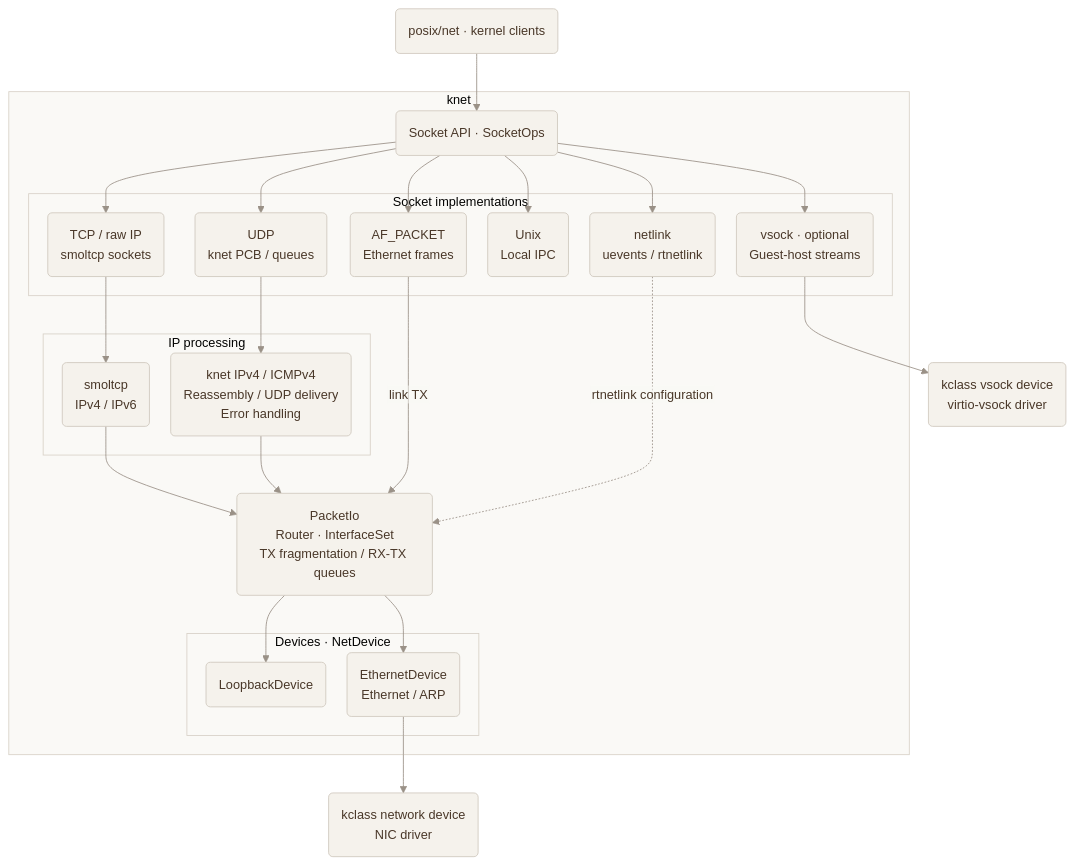
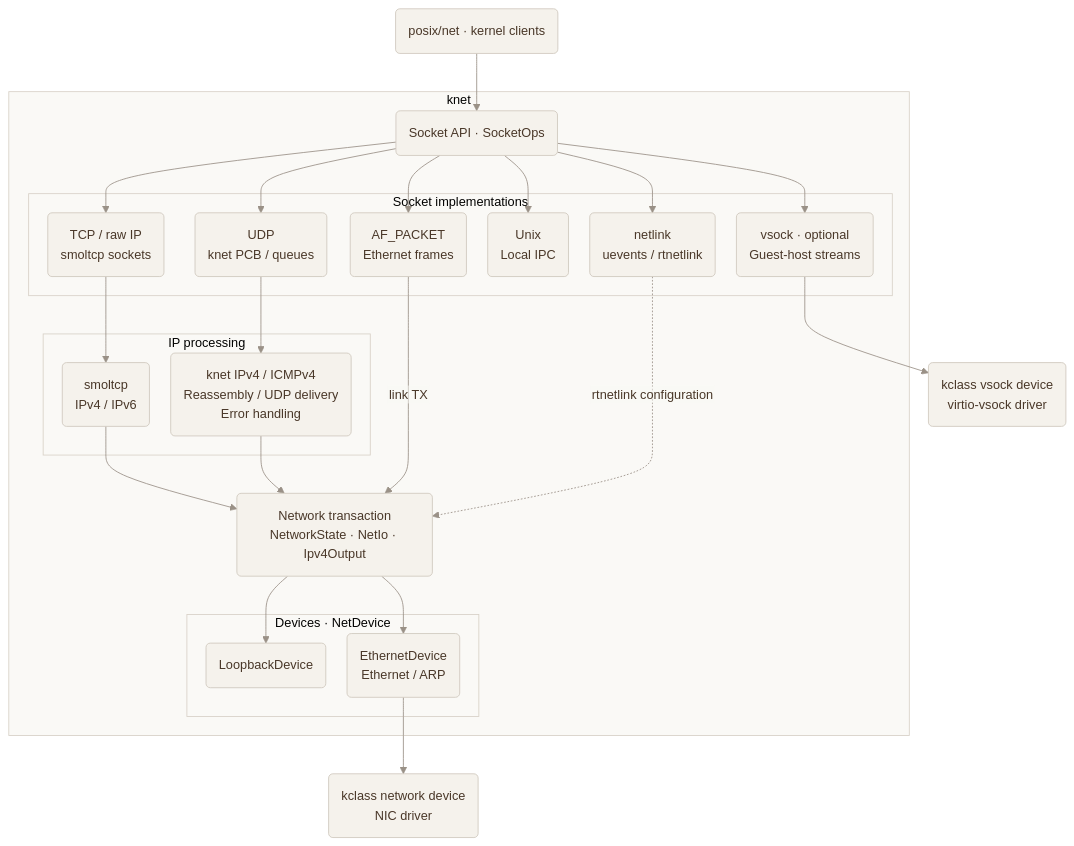
The first of 5 diagrams in net/knet/docs/design.md (edidada/x-kernel), drawn with Mermaid before and after one commit. The commit also changed other lines of this file and 30 other files, not shown here.

First line of the commit message:
refactor(knet): decompose PacketIo into state, I/O, and IPv4 dataplane roles

````diff
--- a/net/knet/docs/design.md
+++ b/net/knet/docs/design.md
@@ -96,82 +109,81 @@
 ```mermaid
 %%{init: {
   "theme": "base",
   "flowchart": {
     "htmlLabels": false,
     "curve": "basis",
     "nodeSpacing": 25,
     "rankSpacing": 45
   },
   "themeVariables": {
     "fontFamily": "\"Trebuchet MS\", Verdana, Arial, sans-serif",
     "fontSize": "15px",
     "primaryColor": "#F5F2EC",
     "primaryTextColor": "#493728",
     "primaryBorderColor": "#CFC8BD",
     "lineColor": "#9A9187",
     "clusterBkg": "#FAF9F6",
     "clusterBorder": "#D8D1C7",
     "edgeLabelBackground": "#FAF9F6",
     "textColor": "#493728",
     "nodeTextColor": "#493728",
     "clusterTextColor": "#493728"
   },
   "themeCSS": ".edgeLabel rect, .edgeLabel .labelBkg, .edgeLabel .background { fill: #FAF9F6 !important; stroke: none !important; } .edgeLabel, .edgeLabel p, .edgeLabel span { background-color: #FAF9F6 !important; color: #493728 !important; } .edgeLabel text, .cluster-label text { fill: #493728 !important; stroke: none !important; } .cluster rect { rx: 8px; ry: 8px; }"
 }}%%
 flowchart TB
     CALLER("posix/net · kernel clients")
 
     subgraph KNET["knet"]
         API("Socket API · SocketOps")
 
         subgraph SOCKETS["Socket implementations"]
             TCP("TCP / raw IP
 smoltcp sockets")
             UDP("UDP
 knet PCB / queues")
             PACKET("AF_PACKET
 Ethernet frames")
             UNIX("Unix
 Local IPC")
             NETLINK("netlink
 uevents / rtnetlink")
             VSOCK("vsock · optional
 Guest-host streams")
         end
 
         subgraph IP["IP processing"]
             SMOL("smoltcp
 IPv4 / IPv6")
             IPV4("knet IPv4 / ICMPv4
 Reassembly / UDP delivery
 Error handling")
         end
 
-        ROUTER("PacketIo
-Router · InterfaceSet
-TX fragmentation / RX-TX queues")
+        ROUTER("Network transaction
+NetworkState · NetIo · Ipv4Output")
 
         subgraph DEVICE["Devices · NetDevice"]
             LOOP("LoopbackDevice")
             ETH("EthernetDevice
 Ethernet / ARP")
         end
     end
 
     NIC("kclass network device
 NIC driver")
     VIRTIO("kclass vsock device
 virtio-vsock driver")
 
     CALLER --> API
     API --> TCP & UDP & PACKET & UNIX & NETLINK & VSOCK
     TCP --> SMOL
     UDP --> IPV4
     SMOL --> ROUTER
     IPV4 --> ROUTER
     PACKET -->|link TX| ROUTER
     NETLINK -.->|rtnetlink configuration| ROUTER
     ROUTER --> LOOP & ETH
     ETH --> NIC
     VSOCK --> VIRTIO
 ```
````
